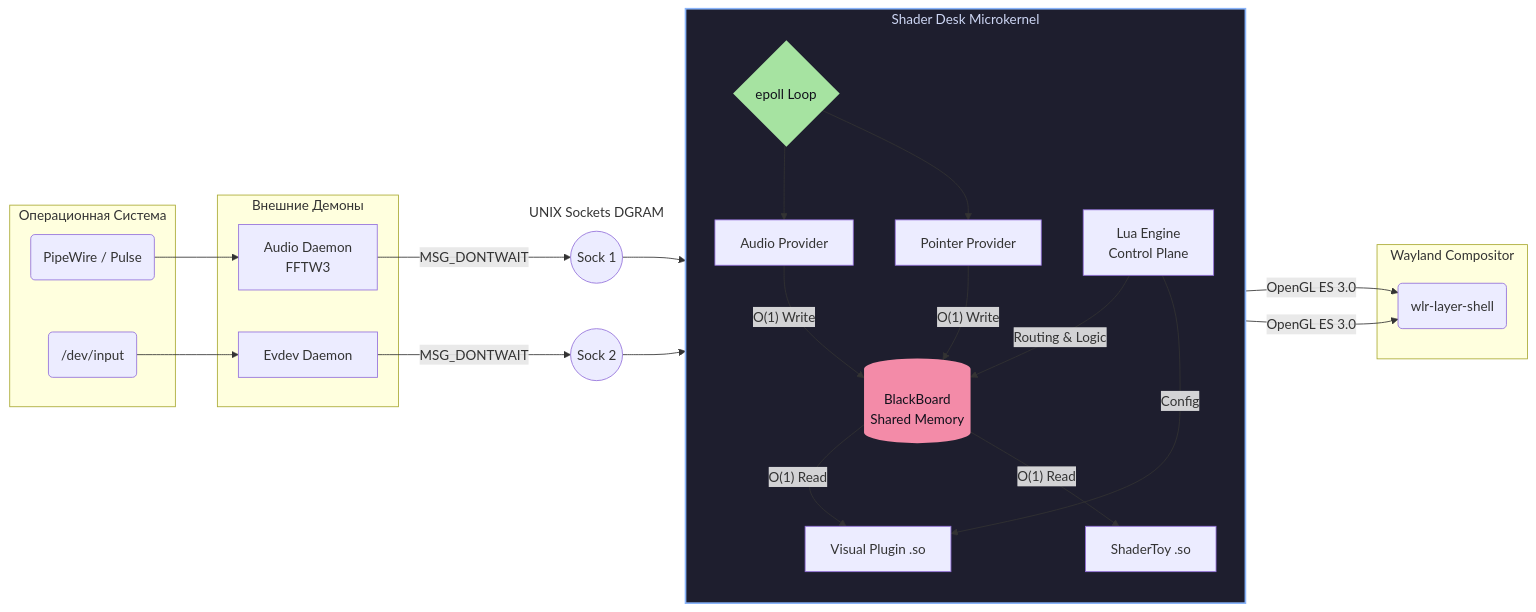
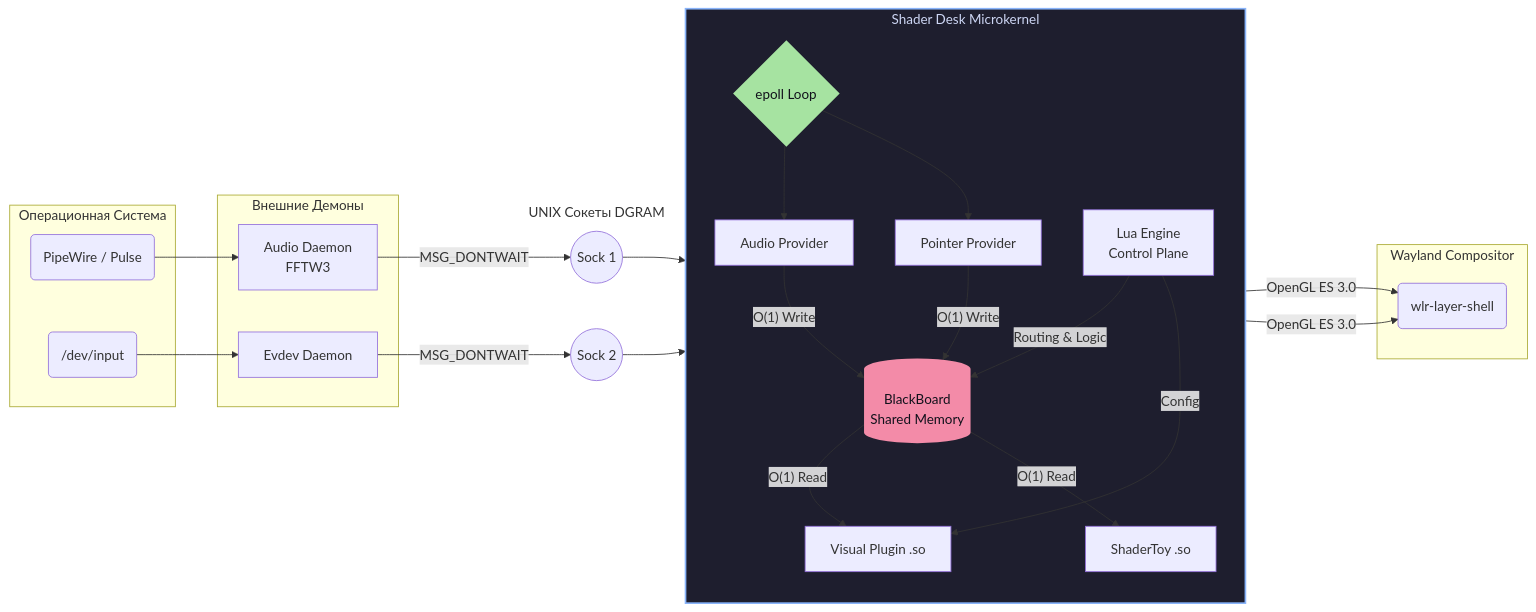
Before and after one commit to KMartianov/shader-desk: the first of 5 diagrams in docs/ru/07-architecture-overview.md, drawn with Mermaid. The commit also changed other lines of this file and 9 other files, not shown here.

````diff
--- a/docs/ru/07-architecture-overview.md
+++ b/docs/ru/07-architecture-overview.md
@@ -15,65 +15,65 @@
 ```mermaid
 flowchart LR
     subgraph OS ["Операционная Система"]
         PW("PipeWire / Pulse")
         EV("/dev/input")
     end
 
     subgraph Daemons ["Внешние Демоны"]
         AD["Audio Daemon\nFFTW3"]
         MD["Evdev Daemon"]
     end
 
-    subgraph IPC ["UNIX Sockets DGRAM"]
+    subgraph IPC ["UNIX Сокеты DGRAM"]
         S1(("Sock 1"))
         S2(("Sock 2"))
     end
 
     subgraph Core ["Shader Desk Microkernel"]
         direction TB
         EP{"epoll Loop"}
         
         DP1["Audio Provider"]
         DP2["Pointer Provider"]
         
         BB[("BlackBoard\nShared Memory")]
         
         Lua["Lua Engine\nControl Plane"]
         
         VP1["Visual Plugin .so"]
         VP2["ShaderToy .so"]
     end
 
     subgraph Compositor ["Wayland Compositor"]
         WL("wlr-layer-shell")
     end
 
     PW --> AD
     EV --> MD
     
     AD -->|"MSG_DONTWAIT"| S1
     MD -->|"MSG_DONTWAIT"| S2
     
     S1 --> EP
     S2 --> EP
     
     EP --> DP1
     EP --> DP2
     
     DP1 -->|"O(1) Write"| BB
     DP2 -->|"O(1) Write"| BB
     
     Lua -->|"Routing & Logic"| BB
     Lua -->|"Config"| VP1
     
     BB -->|"O(1) Read"| VP1
     BB -->|"O(1) Read"| VP2
     
     VP1 -->|"OpenGL ES 3.0"| WL
     VP2 -->|"OpenGL ES 3.0"| WL
 
     style Core fill:#1e1e2e,stroke:#89b4fa,stroke-width:2px,color:#cdd6f4
     style BB fill:#f38ba8,color:#11111b,stroke:none
     style EP fill:#a6e3a1,color:#11111b,stroke:none
     style IPC fill:none,stroke:none
 ```
````
